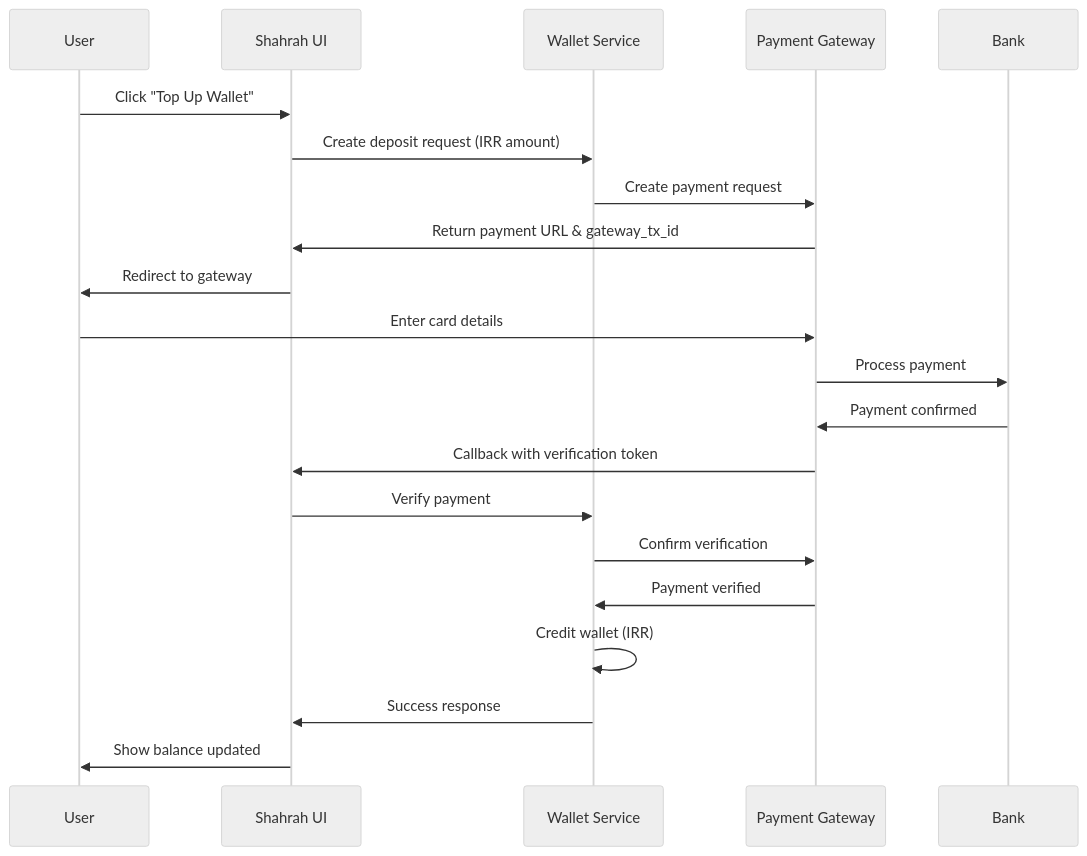
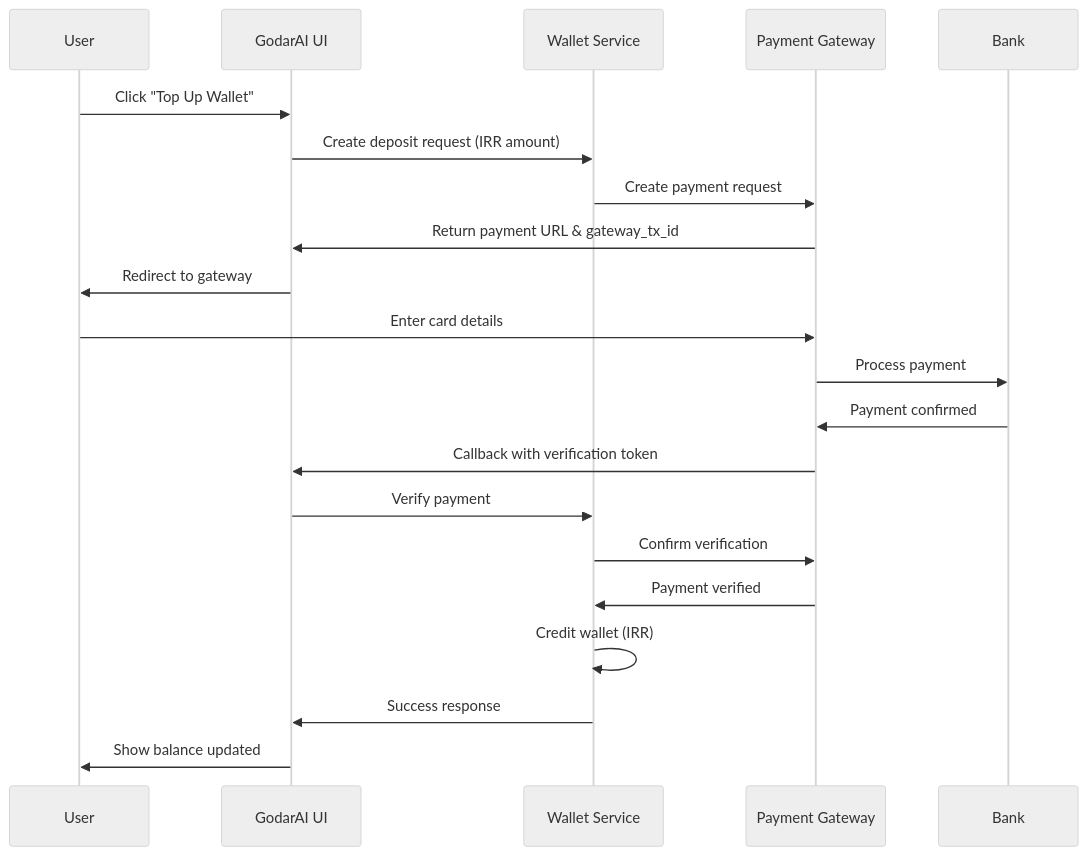
One commit to godarai-ir/Shahrah changed the second of 2 diagrams in plans/01_iranian_payment_system.md. Above: the diagram before and after it, drawn with Mermaid (neutral theme). The commit also changed other lines of this file and 38 other files, not shown here.

Commit message:
chore(plans): renaming Shahrah to GodarAI

````diff
--- a/plans/01_iranian_payment_system.md
+++ b/plans/01_iranian_payment_system.md
@@ -325,24 +325,24 @@
 ```mermaid
 sequenceDiagram
     participant U as User
-    participant S as Shahrah UI
+    participant S as GodarAI UI
     participant W as Wallet Service
     participant G as Payment Gateway
     participant B as Bank
     
     U->>S: Click "Top Up Wallet"
     S->>W: Create deposit request (IRR amount)
     W->>G: Create payment request
     G->>S: Return payment URL & gateway_tx_id
     S->>U: Redirect to gateway
     U->>G: Enter card details
     G->>B: Process payment
     B->>G: Payment confirmed
     G->>S: Callback with verification token
     S->>W: Verify payment
     W->>G: Confirm verification
     G->>W: Payment verified
     W->>W: Credit wallet (IRR)
     W->>S: Success response
     S->>U: Show balance updated
 ```
````
